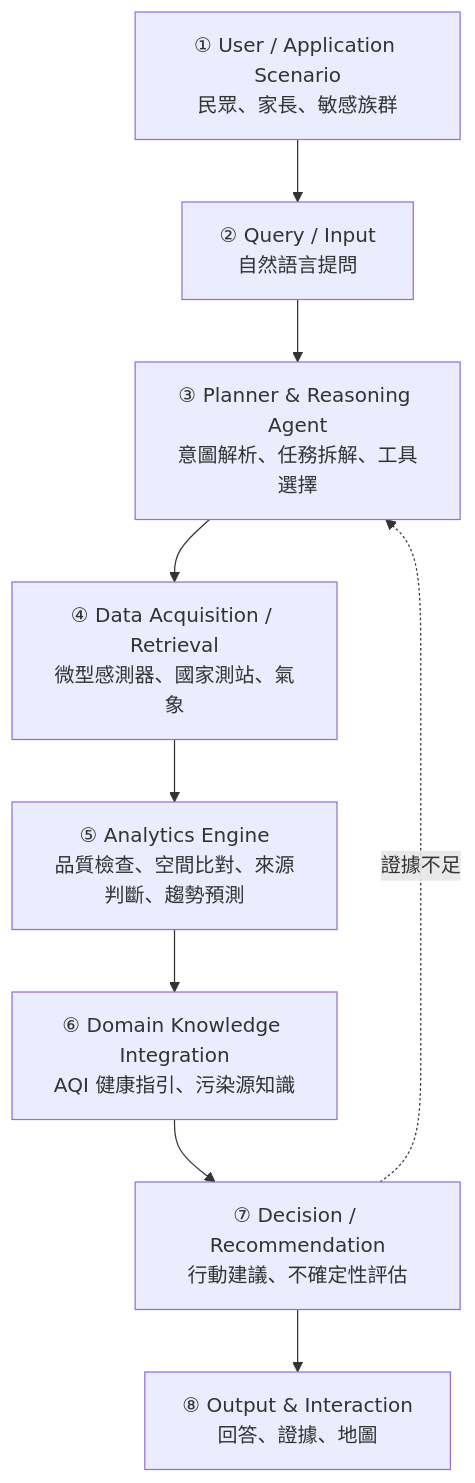
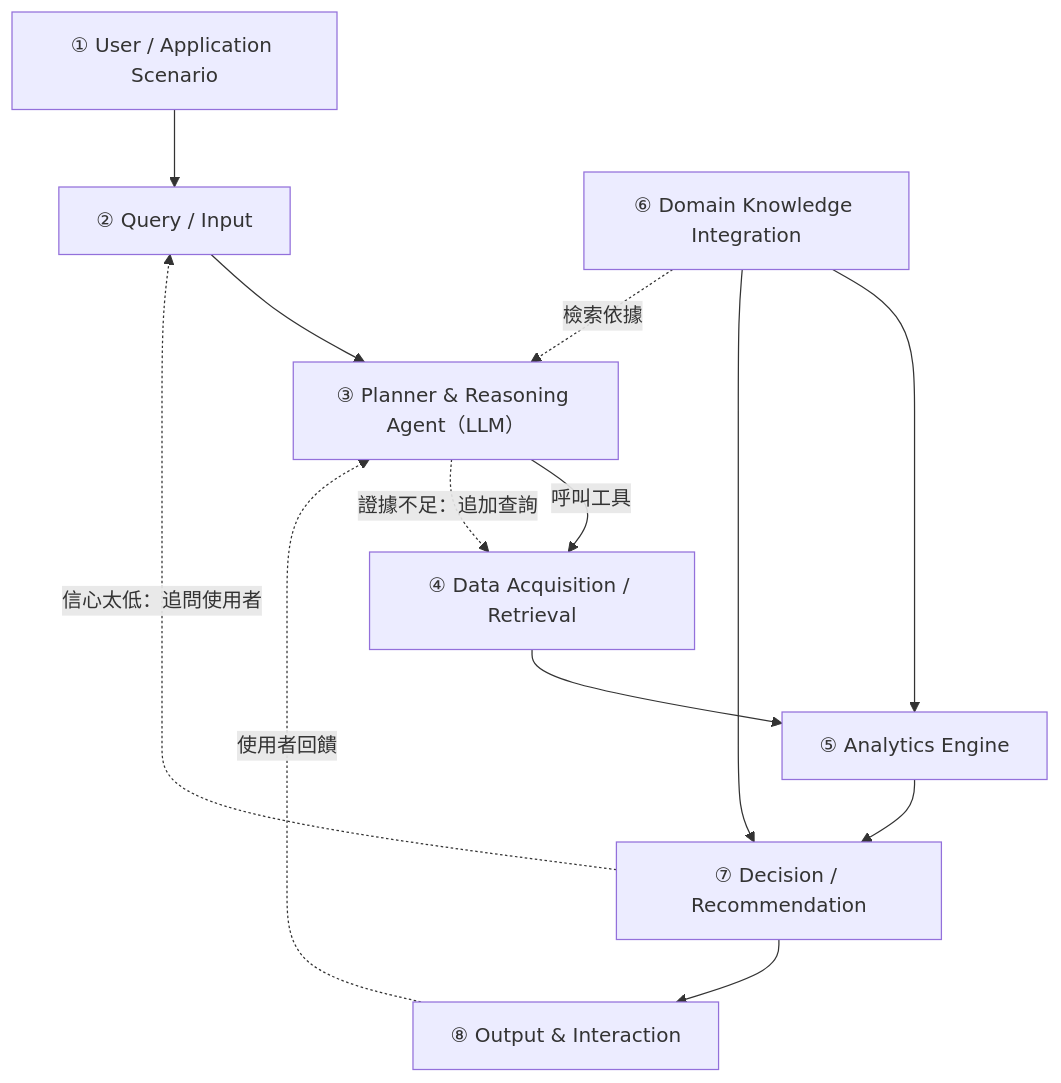
The diagram in DESIGN.md (A0966411725-png/AirSleuth), drawn with Mermaid before and after one commit. The commit also changed other lines of this file and 4 other files, not shown here.

First line of the commit message:
T-10：系統架構、流程圖、虛擬碼與 DESIGN.md

````diff
--- a/DESIGN.md
+++ b/DESIGN.md
@@ -34,11 +43,15 @@
 ```mermaid
-flowchart TD
-    U["① User / Application Scenario<br/>民眾、家長、敏感族群"] --> Q["② Query / Input<br/>自然語言提問"]
-    Q --> P["③ Planner & Reasoning Agent<br/>意圖解析、任務拆解、工具選擇"]
-    P --> D["④ Data Acquisition / Retrieval<br/>微型感測器、國家測站、氣象"]
-    D --> A["⑤ Analytics Engine<br/>品質檢查、空間比對、來源判斷、趨勢預測"]
-    A --> K["⑥ Domain Knowledge Integration<br/>AQI 健康指引、污染源知識"]
-    K --> R["⑦ Decision / Recommendation<br/>行動建議、不確定性評估"]
-    R --> O["⑧ Output & Interaction<br/>回答、證據、地圖"]
-    R -. 證據不足 .-> P
+flowchart TB
+    U["① User / Application Scenario"] --> Q["② Query / Input"]
+    Q --> AG["③ Planner & Reasoning Agent（LLM）"]
+    AG -->|呼叫工具| DA["④ Data Acquisition / Retrieval"]
+    DA --> AN["⑤ Analytics Engine"]
+    AN --> DE["⑦ Decision / Recommendation"]
+    KN["⑥ Domain Knowledge Integration"] --> AN
+    KN --> DE
+    KN -.檢索依據.-> AG
+    DE --> OU["⑧ Output & Interaction"]
+    AG -.證據不足：追加查詢.-> DA
+    DE -.信心太低：追問使用者.-> Q
+    OU -.使用者回饋.-> AG
 ```
````
